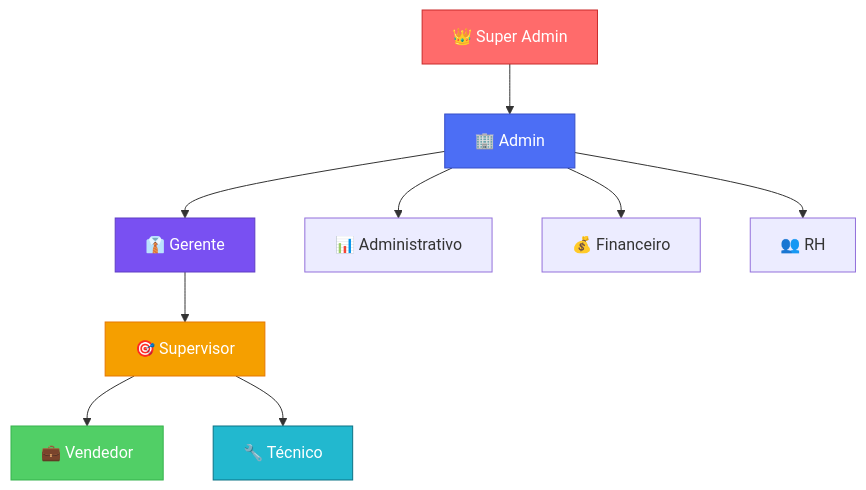
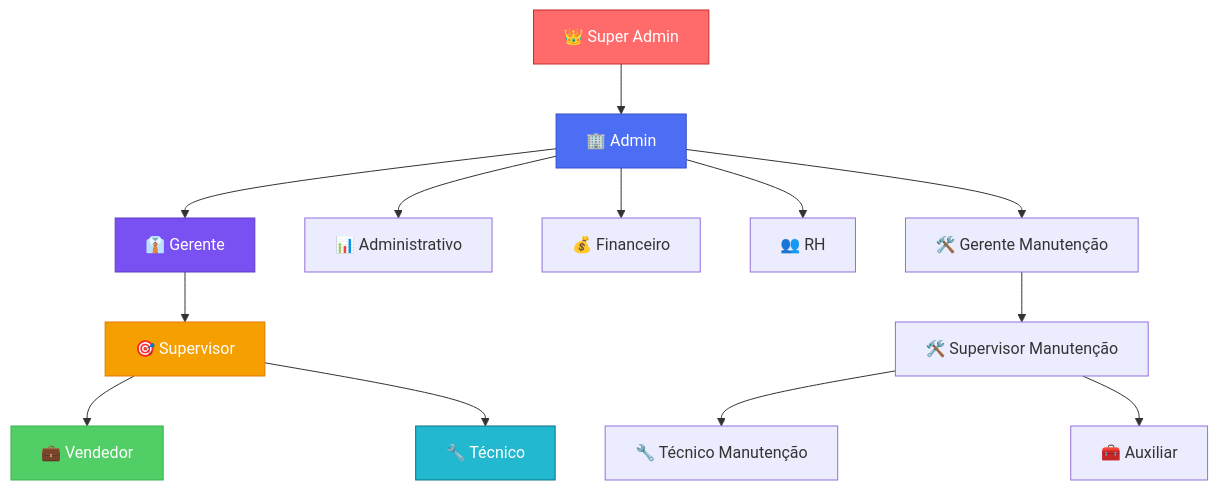
One commit to cristiano-superacao/vendacerta changed the second of 4 diagrams in README.md. Above: the diagram before and after it, drawn with Mermaid. The commit also changed other lines of this file and 2 other files, not shown here.

````diff
--- a/README.md
+++ b/README.md
@@ -98,19 +98,23 @@
 ```mermaid
 graph TD
     SA[👑 Super Admin] --> A[🏢 Admin]
     A --> G[👔 Gerente]
     G --> S[🎯 Supervisor]
     S --> V[💼 Vendedor]
     S --> T[🔧 Técnico]
     
     A --> ADM[📊 Administrativo]
     A --> FIN[💰 Financeiro]
     A --> RH[👥 RH]
+  A --> GM[🛠️ Gerente Manutenção]
+  GM --> SM[🛠️ Supervisor Manutenção]
+  SM --> TEC[🔧 Técnico Manutenção]
+  SM --> AUX[🧰 Auxiliar]
     
     style SA fill:#ff6b6b,stroke:#c92a2a,color:#fff
     style A fill:#4c6ef5,stroke:#364fc7,color:#fff
     style G fill:#7950f2,stroke:#5f3dc4,color:#fff
     style S fill:#f59f00,stroke:#e67700,color:#fff
     style V fill:#51cf66,stroke:#37b24d,color:#fff
     style T fill:#22b8cf,stroke:#0b7285,color:#fff
 ```
````
